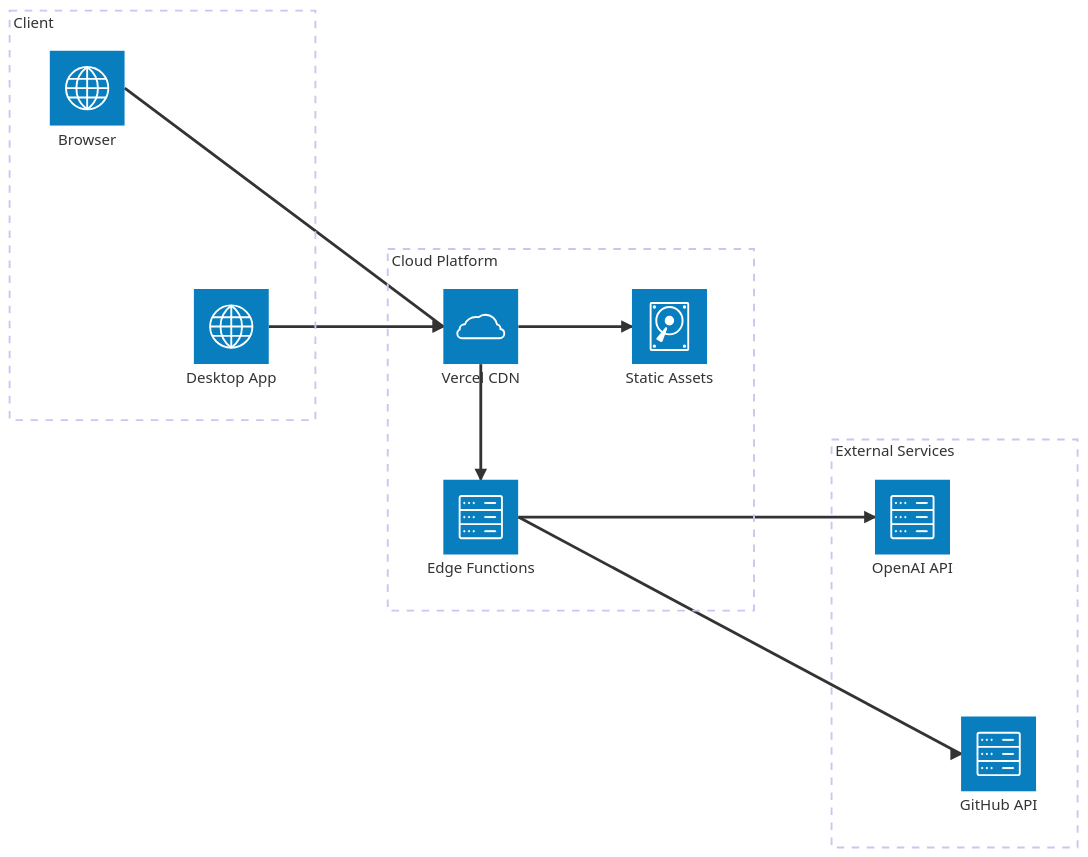
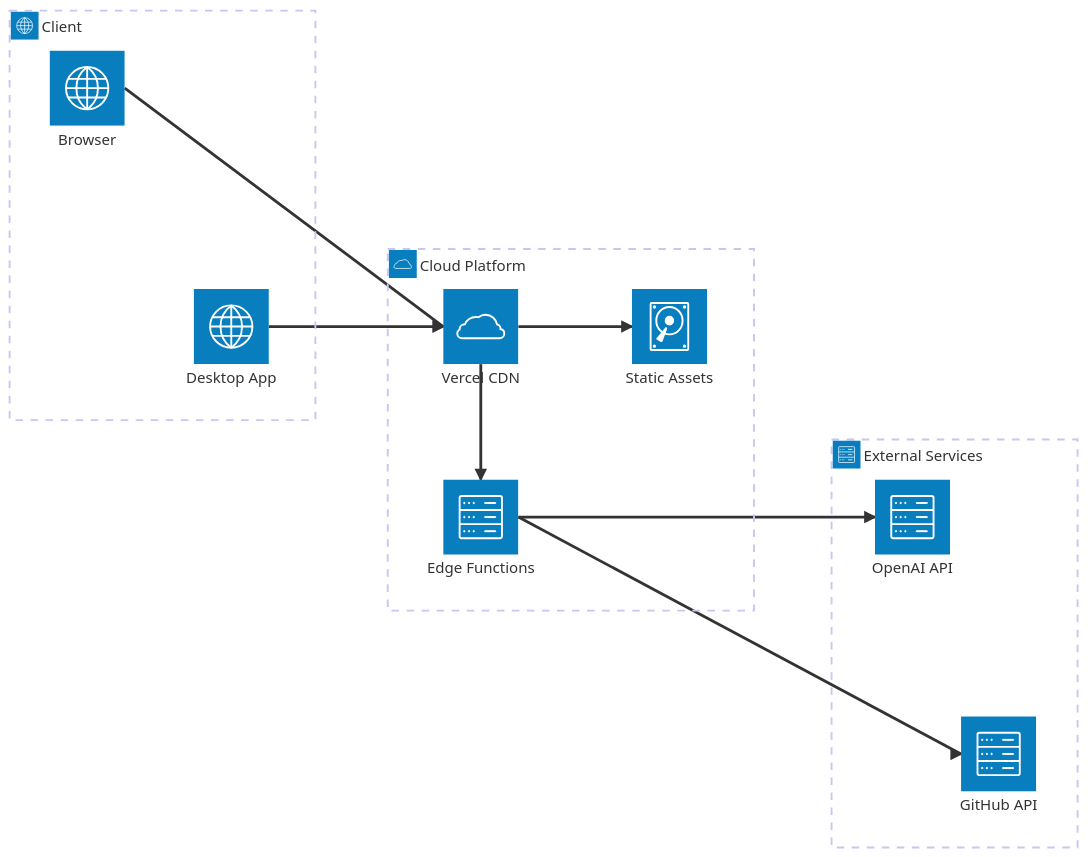
The diagram in cabinets/default/notes/Quick Notes/Chart Gallery/Cloud Infrastructure Architecture.md (tm-henningnt/obesian-oats-demonotes), drawn with Mermaid before and after one commit.

Commit message:
Update: cabinets/default/notes/Quick Notes/Chart Gallery/Cloud Infrastructure Architecture.md

````diff
--- a/cabinets/default/notes/Quick Notes/Chart Gallery/Cloud Infrastructure Architecture.md
+++ b/cabinets/default/notes/Quick Notes/Chart Gallery/Cloud Infrastructure Architecture.md
@@ -8,26 +8,26 @@
 ```mermaid
 %% preset: architecture
 architecture-beta
-  group cloud["Cloud Platform"]
+  group cloud(cloud)[Cloud Platform]
 
-  service vercel(cloud)["Vercel CDN"] in cloud
-  service edge(server)["Edge Functions"] in cloud
-  service static(disk)["Static Assets"] in cloud
+  service vercel(cloud)[Vercel CDN] in cloud
+  service edge(server)[Edge Functions] in cloud
+  service static(disk)[Static Assets] in cloud
 
-  group external["External Services"]
+  group external(server)[External Services]
 
-  service github(server)["GitHub API"] in external
-  service openai(server)["OpenAI API"] in external
+  service github(server)[GitHub API] in external
+  service openai(server)[OpenAI API] in external
 
-  group client["Client"]
+  group client(internet)[Client]
 
-  service browser(internet)["Browser"] in client
-  service desktop(internet)["Desktop App"] in client
+  service browser(internet)[Browser] in client
+  service desktop(internet)[Desktop App] in client
 
   browser:R --> L:vercel
   desktop:R --> L:vercel
   vercel:R --> L:static
   vercel:B --> T:edge
   edge:R --> L:github
   edge:R --> L:openai
 ```
````
